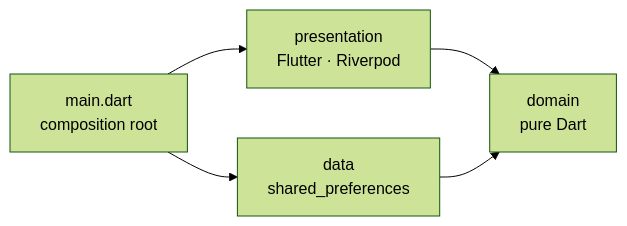
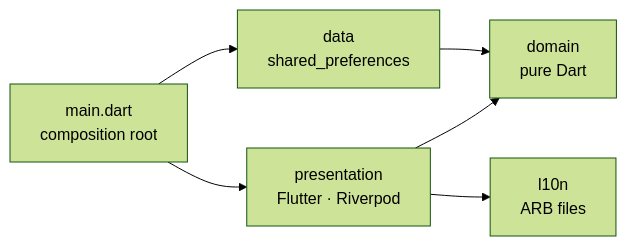
Before and after one commit to a-lucchini-betclic/TicTacToe: the diagram in README.md, drawn with Mermaid (forest theme). The commit also changed other lines of this file, not shown here.

````diff
--- a/README.md
+++ b/README.md
@@ -36,7 +38,8 @@
 ```mermaid
 flowchart LR
   presentation["presentation<br/>Flutter · Riverpod"] --> domain["domain<br/>pure Dart"]
+  presentation --> l10n["l10n<br/>ARB files"]
   data["data<br/>shared_preferences"] --> domain
   main["main.dart<br/>composition root"] --> presentation
   main --> data
 ```
````
